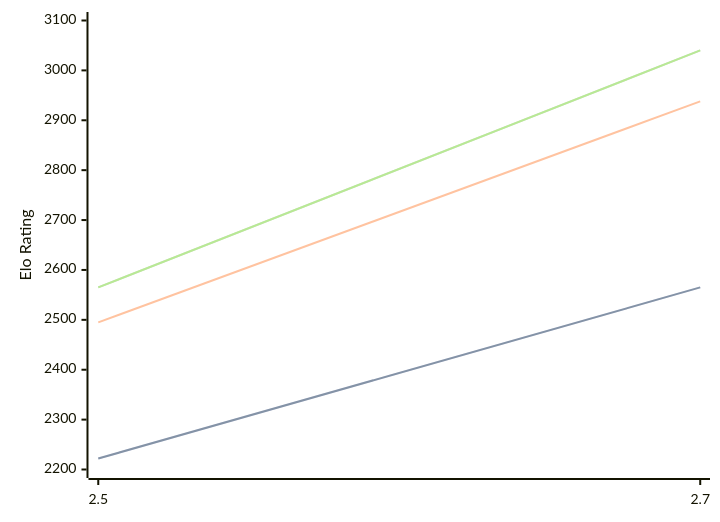
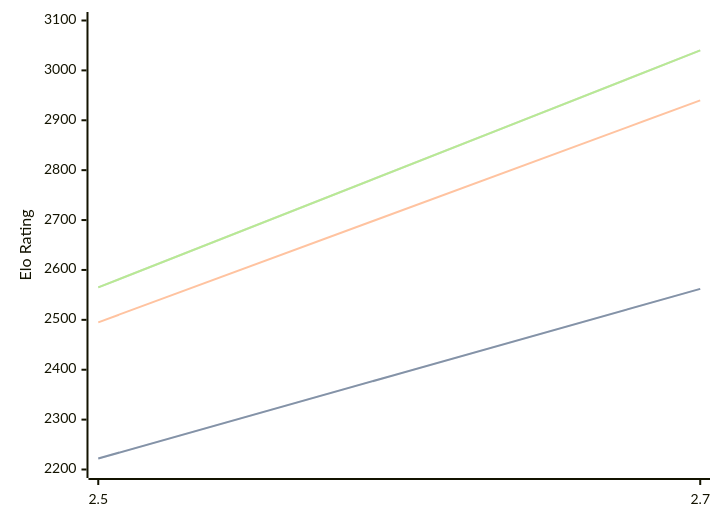
One commit to computer-chess-index/cci changed the diagram in engines/Zevra.md. Above: the diagram before and after it, drawn with Mermaid. The commit also changed other lines of this file, not shown here.

````diff
--- a/engines/Zevra.md
+++ b/engines/Zevra.md
@@ -32,11 +32,11 @@
 ```mermaid
 %%{init: {"theme":"base","themeVariables":{"seriesColors:['#a3a3a3','#222221','#faa371']}}}%%
 xychart-beta
   x-axis ["2.5", "2.7"]
   y-axis "Elo Rating" 2200 --> 3100
-  line "" [2222, 2565]
-  line "STC (8.0+0.08s)" [2222, 2565]
-  line "LTC (60.0+0.60s)" [2495, 2938]
+  line "" [2222, 2562]
+  line "STC (8.0+0.08s)" [2222, 2562]
+  line "LTC (60.0+0.60s)" [2495, 2940]
   line "" [2565, 3040]
   line "VLTC (2m24s+1.12s)" [2565, 3040]
 ```
````
